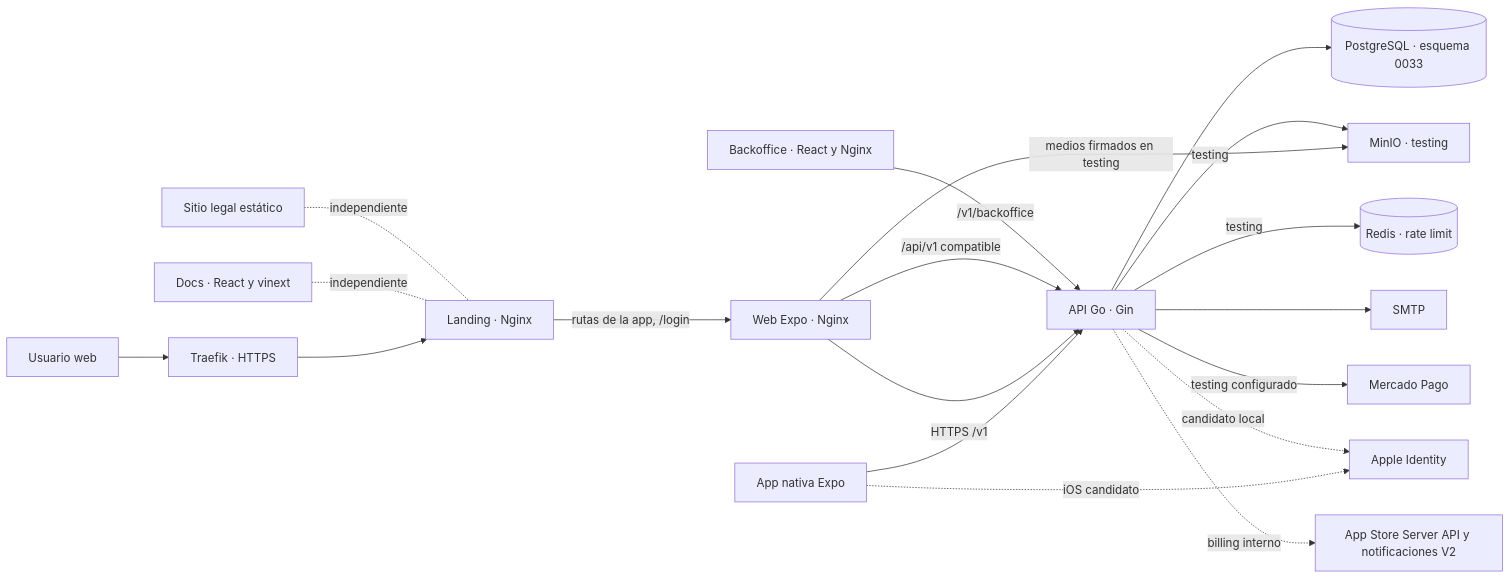
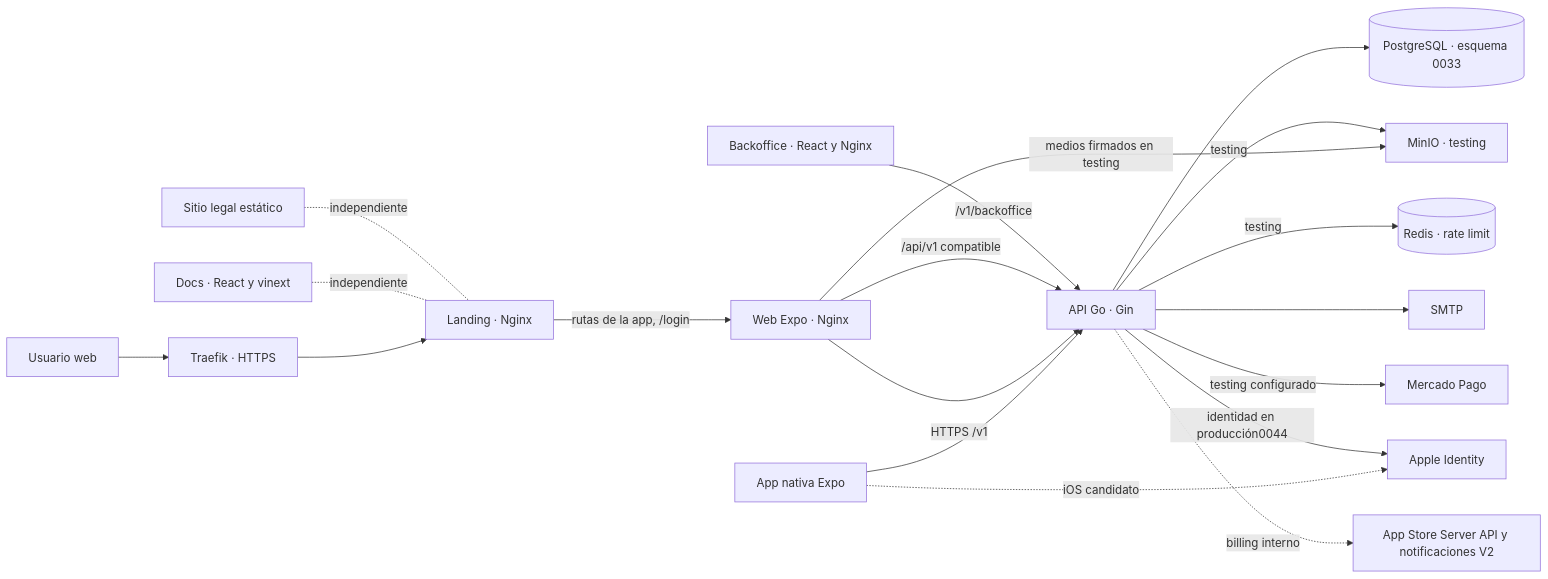
The diagram in docs/architecture/02-containers.md (gagonzalez1/puntazo-docs), drawn with Mermaid before and after one commit. The commit also changed other lines of this file and 9 other files, not shown here.

````diff
--- a/docs/architecture/02-containers.md
+++ b/docs/architecture/02-containers.md
@@ -21,25 +23,25 @@
 ```mermaid
 flowchart LR
  U[Usuario web] --> T[Traefik · HTTPS]
  T --> L[Landing · Nginx]
  L -->|rutas de la app, /login| W[Web Expo · Nginx]
  N[App nativa Expo] --> API[API Go · Gin]
  W -->|HTTPS /v1| API
  W -->|/api/v1 compatible| API
  W -->|medios firmados en testing| S[MinIO · testing]
  B[Backoffice · React y Nginx] -->|/v1/backoffice| API
  API --> DB[(PostgreSQL · esquema 0033)]
  API -->|testing| R[(Redis · rate limit)]
  API -->|testing| S
  API --> E[SMTP]
  API -->|testing configurado| MP[Mercado Pago]
  N -. iOS candidato .-> AI[Apple Identity]
- API -. candidato local .-> AI
+ API -->|identidad en producción0044| AI
  API -. billing interno .-> AS[App Store Server API y notificaciones V2]
  D[Docs · React y vinext] -. independiente .- L
  LEG[Sitio legal estático] -. independiente .- L
  click API href "#/backend-components" "Ver backend"
  click W href "#/frontend-components" "Ver frontend"
  click DB href "#/data-current" "Ver datos"
  click B href "#/backoffice-architecture" "Ver Backoffice"
 ```
````
